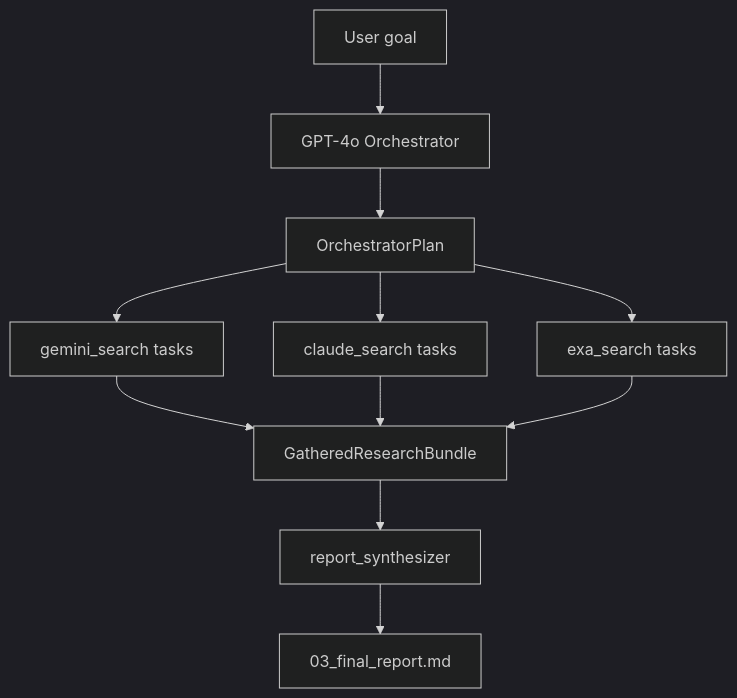
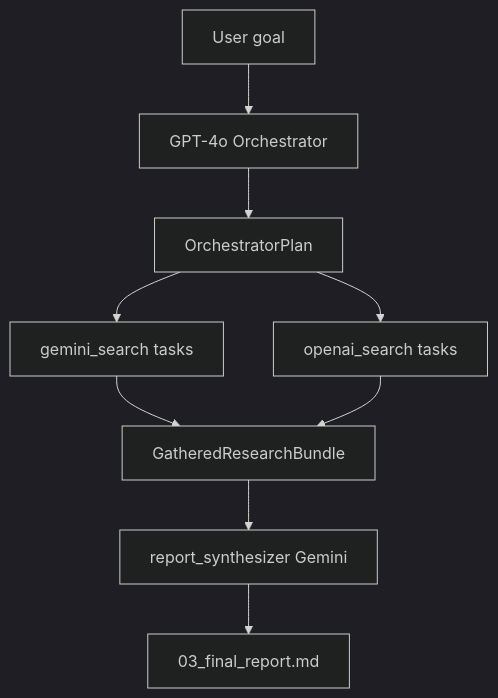
The diagram in src/autopaper/flow/research/README.md (turaliyev0/AutoPaper), drawn with Mermaid (dark theme) before and after one commit. The commit also changed other lines of this file and 61 other files, not shown here.

````diff
--- a/src/autopaper/flow/research/README.md
+++ b/src/autopaper/flow/research/README.md
@@ -12,11 +14,10 @@
 ```mermaid
 flowchart TB
   U[User goal] --> O[GPT-4o Orchestrator]
   O --> P[OrchestratorPlan]
   P --> G[gemini_search tasks]
-  P --> C[claude_search tasks]
-  P --> E[exa_search tasks]
-  G & C & E --> B[GatheredResearchBundle]
-  B --> R[report_synthesizer]
+  P --> OA[openai_search tasks]
+  G & OA --> B[GatheredResearchBundle]
+  B --> R[report_synthesizer Gemini]
   R --> MD[03_final_report.md]
 ```
````
